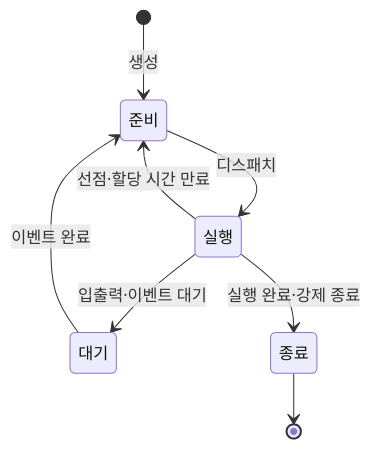
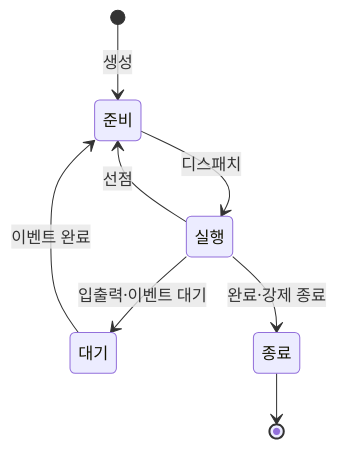
One commit to agnusdei1207/knowledge-base changed the diagram in src/content/docs/notes/03-software/003_process_lifecycle.md. Above: the diagram before and after it, drawn with Mermaid. The commit also changed other lines of this file and 6 other files, not shown here.

````diff
--- a/src/content/docs/notes/03-software/003_process_lifecycle.md
+++ b/src/content/docs/notes/03-software/003_process_lifecycle.md
@@ -76,10 +61,10 @@
 ```mermaid
 stateDiagram-v2
     [*] --> 준비: 생성
     준비 --> 실행: 디스패치
-    실행 --> 준비: 선점·할당 시간 만료
+    실행 --> 준비: 선점
     실행 --> 대기: 입출력·이벤트 대기
     대기 --> 준비: 이벤트 완료
-    실행 --> 종료: 실행 완료·강제 종료
+    실행 --> 종료: 완료·강제 종료
     종료 --> [*]
 ```
````
